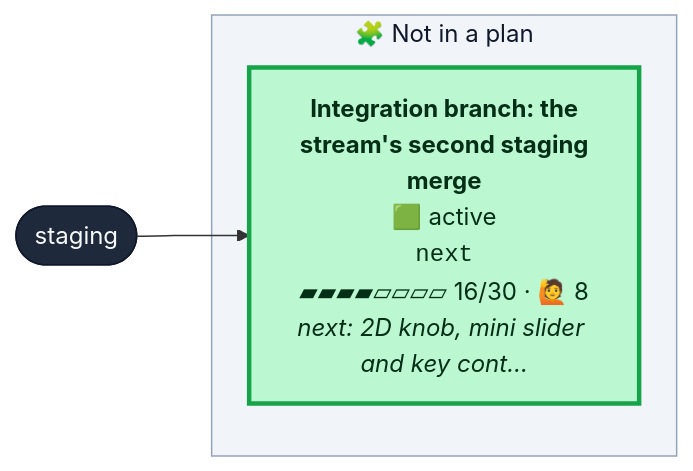
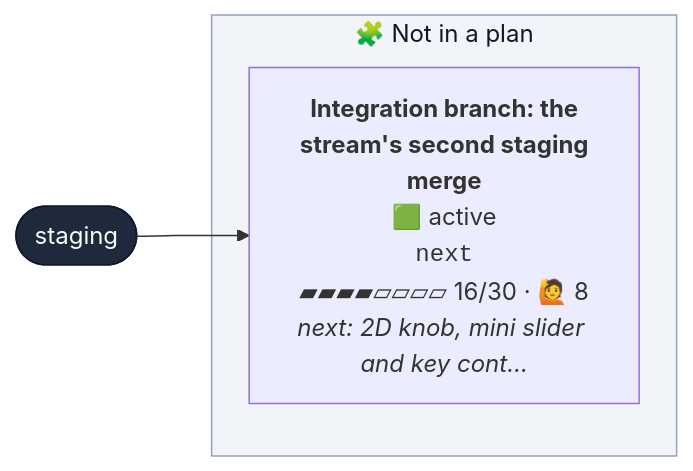
One commit to henryjonescodes/portfolio changed the first of 2 diagrams in CONTRIBUTING.md. Above: the diagram before and after it, drawn with Mermaid. The commit also changed other lines of this file and 1 other file, not shown here.

````diff
--- a/CONTRIBUTING.md
+++ b/CONTRIBUTING.md
@@ -16,18 +16,18 @@
 ```mermaid
 flowchart LR
   n_staging([staging])
   class n_staging trunk
   subgraph loose["🧩 Not in a plan"]
     n_next["<b>Integration branch: the<br/>stream's second staging<br/>merge</b><br/>🟩 active<br/><code>next</code><br/>▰▰▰▰▱▱▱▱ 16/30 · 🙋 8<br/><i>next: 2D knob, mini slider and key cont…</i>"]
-    class n_next active
+    class n_next active,current
   end
   style loose fill:#f1f5f9,stroke:#94a3b8,color:#0f172a
   n_staging --> n_next
   classDef planned fill:#c7d2fe,stroke:#4f46e5,color:#1e1b4b
   classDef sketched fill:#f8fafc,stroke:#64748b,stroke-dasharray:4 3,color:#334155
   classDef active fill:#bbf7d0,stroke:#16a34a,stroke-width:3px,color:#052e16
   classDef review fill:#fde68a,stroke:#d97706,stroke-width:3px,color:#451a03
   classDef blocked fill:#fecaca,stroke:#dc2626,stroke-width:3px,color:#450a0a
   classDef trunk fill:#1e293b,stroke:#0f172a,color:#f8fafc
   classDef current stroke:#0ea5e9,stroke-width:5px
 ```
````
